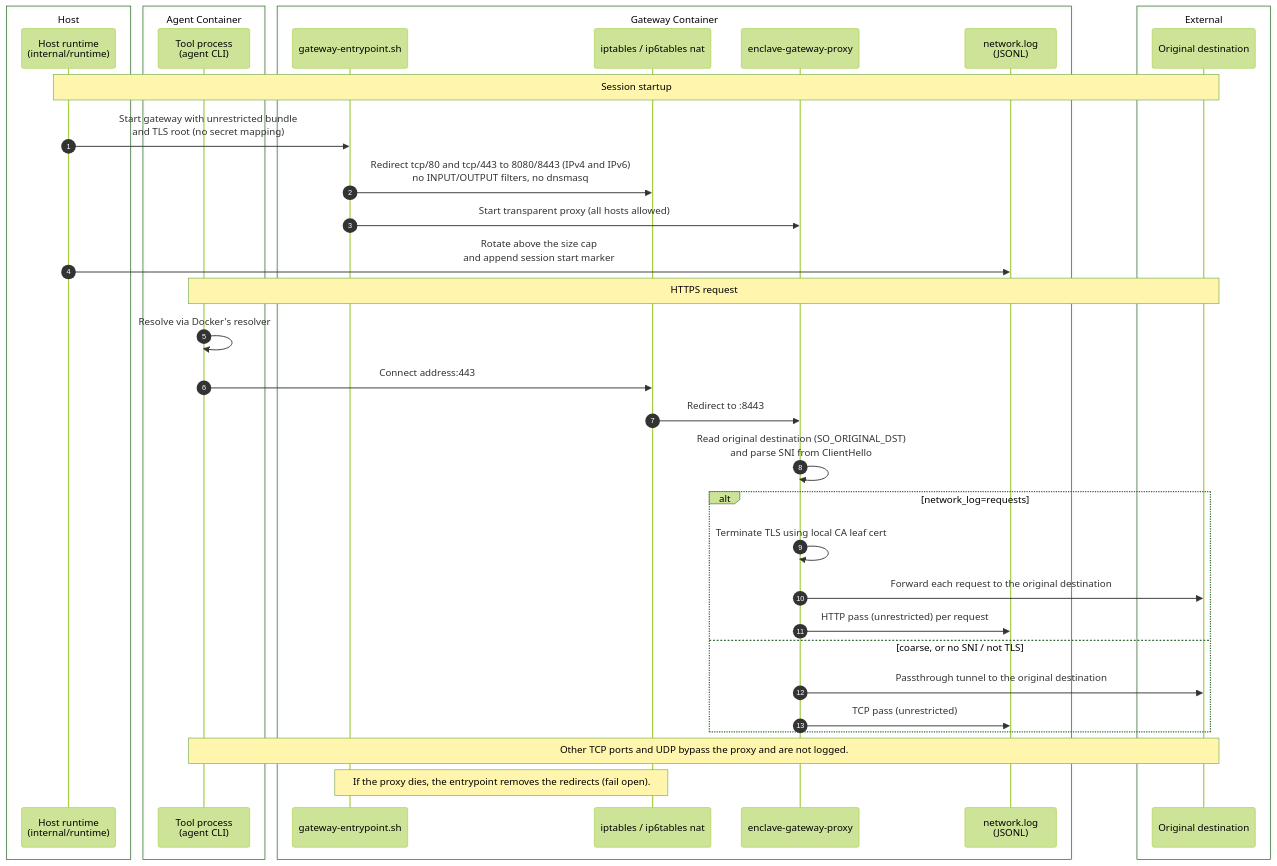
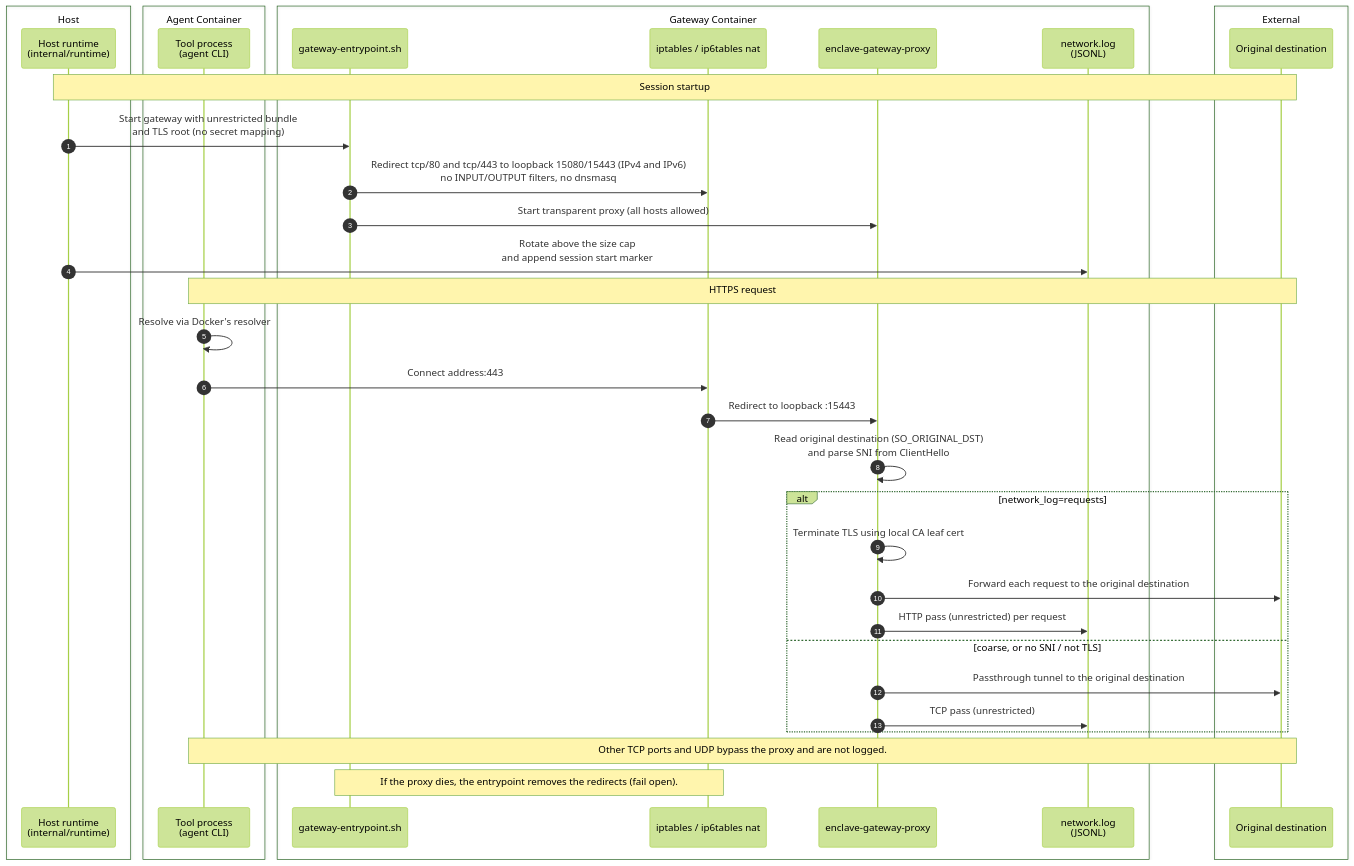
The second of 2 diagrams in docs/runtime/network-request-flow.md (eclipse-enclave/enclave), drawn with Mermaid (forest theme) before and after one commit. The commit also changed other lines of this file and 13 other files, not shown here.

````diff
--- a/docs/runtime/network-request-flow.md
+++ b/docs/runtime/network-request-flow.md
@@ -127,42 +127,42 @@
 ```mermaid
 sequenceDiagram
     autonumber
     box Host
         participant Host as Host runtime<br/>(internal/runtime)
     end
     box Agent Container
         participant Tool as Tool process<br/>(agent CLI)
     end
     box Gateway Container
         participant Entry as gateway-entrypoint.sh
         participant NAT as iptables / ip6tables nat
         participant Proxy as enclave-gateway-proxy
         participant Log as network.log<br/>(JSONL)
     end
     box External
         participant Dst as Original destination
     end
 
     Note over Host,Dst: Session startup
     Host->>Entry: Start gateway with unrestricted bundle<br/>and TLS root (no secret mapping)
-    Entry->>NAT: Redirect tcp/80 and tcp/443 to 8080/8443 (IPv4 and IPv6)<br/>no INPUT/OUTPUT filters, no dnsmasq
+    Entry->>NAT: Redirect tcp/80 and tcp/443 to loopback 15080/15443 (IPv4 and IPv6)<br/>no INPUT/OUTPUT filters, no dnsmasq
     Entry->>Proxy: Start transparent proxy (all hosts allowed)
     Host->>Log: Rotate above the size cap<br/>and append session start marker
 
     Note over Tool,Dst: HTTPS request
     Tool->>Tool: Resolve via Docker's resolver
     Tool->>NAT: Connect address:443
-    NAT->>Proxy: Redirect to :8443
+    NAT->>Proxy: Redirect to loopback :15443
     Proxy->>Proxy: Read original destination (SO_ORIGINAL_DST)<br/>and parse SNI from ClientHello
     alt network_log=requests
         Proxy->>Proxy: Terminate TLS using local CA leaf cert
         Proxy->>Dst: Forward each request to the original destination
         Proxy->>Log: HTTP pass (unrestricted) per request
     else coarse, or no SNI / not TLS
         Proxy->>Dst: Passthrough tunnel to the original destination
         Proxy->>Log: TCP pass (unrestricted)
     end
 
     Note over Tool,Dst: Other TCP ports and UDP bypass the proxy and are not logged.
     Note over Entry,NAT: If the proxy dies, the entrypoint removes the redirects (fail open).
 ```
````
